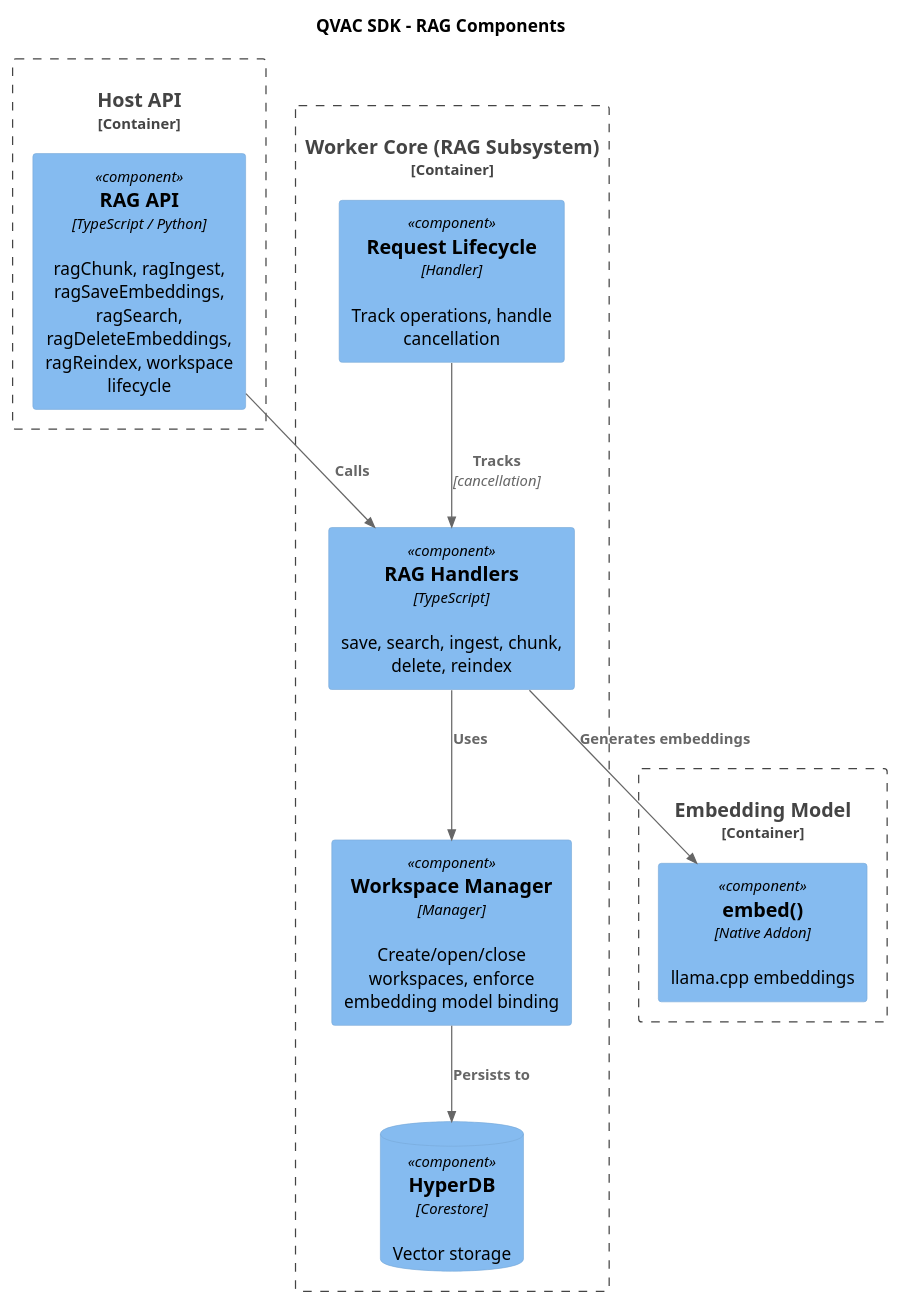
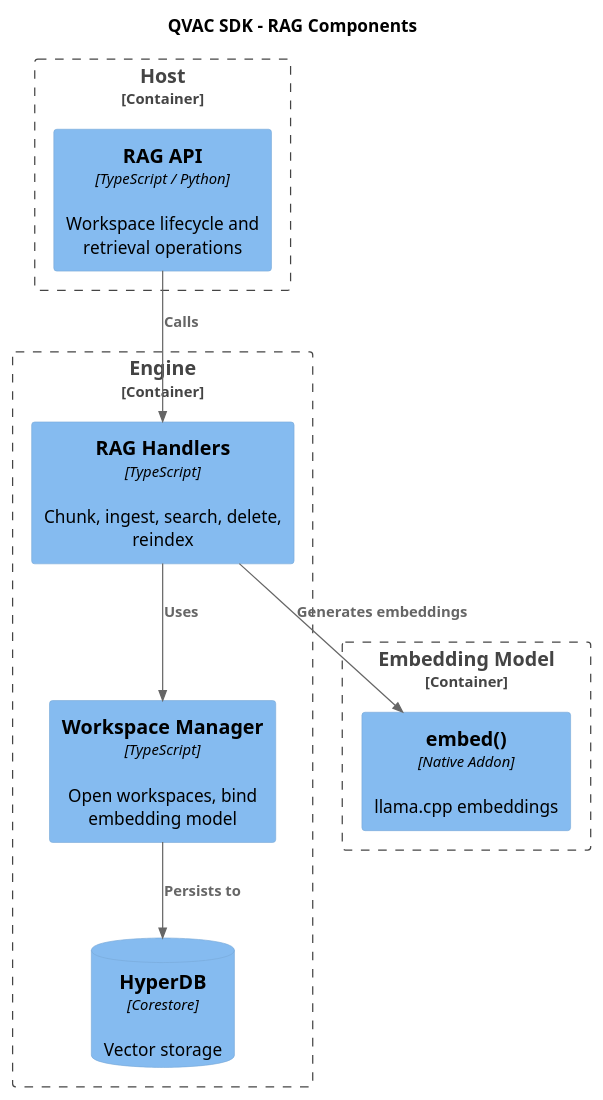
Before and after one commit to Zbig9000/qvac: the diagram in docs/architecture/puml/10-rag-components.puml, drawn with PlantUML. The commit also changed 20 other files, not shown here.

First line of the commit message:
doc[notask]: simplify SDK family architecture diagrams (#3982)

```diff
--- a/docs/architecture/puml/10-rag-components.puml
+++ b/docs/architecture/puml/10-rag-components.puml
@@ -1,27 +1,26 @@
 @startuml
 !include <C4/C4_Component>
+HIDE_STEREOTYPE()
 
 title QVAC SDK - RAG Components
 
-Container_Boundary(client_api, "Host API") {
-    Component(rag_api, "RAG API", "TypeScript / Python", "ragChunk, ragIngest, ragSaveEmbeddings, ragSearch, ragDeleteEmbeddings, ragReindex, workspace lifecycle")
+Container_Boundary(host, "Host") {
+    Component(rag_api, "RAG API", "TypeScript / Python", "Workspace lifecycle and retrieval operations")
 }
 
-Container_Boundary(server_rag, "Worker Core (RAG Subsystem)") {
-    Component(handlers, "RAG Handlers", "TypeScript", "save, search, ingest, chunk, delete, reindex")
-    Component(op_mgr, "Request Lifecycle", "Handler", "Track operations, handle cancellation")
-    Component(ws_mgr, "Workspace Manager", "Manager", "Create/open/close workspaces, enforce embedding model binding")
+Container_Boundary(engine, "Engine") {
+    Component(handlers, "RAG Handlers", "TypeScript", "Chunk, ingest, search, delete, reindex")
+    Component(ws_mgr, "Workspace Manager", "TypeScript", "Open workspaces, bind embedding model")
     ComponentDb(hyperdb, "HyperDB", "Corestore", "Vector storage")
 }
 
 Container_Boundary(embed_model, "Embedding Model") {
     Component(embed, "embed()", "Native Addon", "llama.cpp embeddings")
 }
 
 Rel(rag_api, handlers, "Calls")
-Rel(op_mgr, handlers, "Tracks", "cancellation")
 Rel(handlers, ws_mgr, "Uses")
 Rel(ws_mgr, hyperdb, "Persists to")
 Rel(handlers, embed, "Generates embeddings")
 
 @enduml
```
